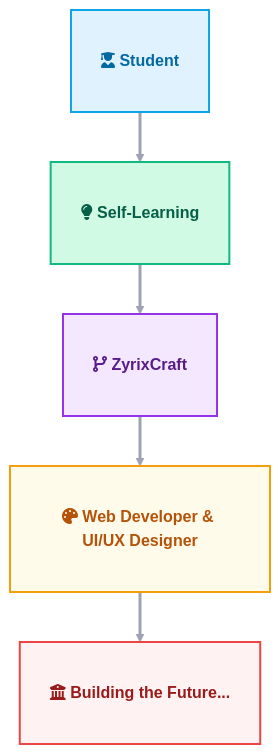
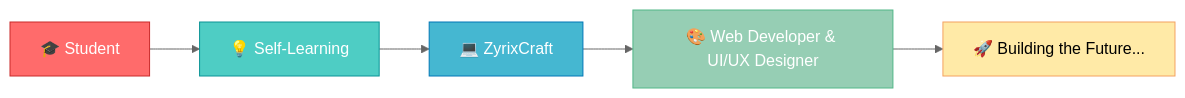
Before and after one commit to TheYuvrajMishra/TheYuvrajMishra: the diagram in README.md, drawn with Mermaid (neutral theme). The commit also changed other lines of this file, not shown here.

````diff
--- a/README.md
+++ b/README.md
@@ -152,30 +149,13 @@
 ```mermaid
-graph TD
-    A[fa:fa-user-graduate Student]
-    B[fa:fa-lightbulb Self-Learning]
-    C[fa:fa-code-branch ZyrixCraft]
-    D[fa:fa-palette Web Developer & UI/UX Designer]
-    E[fa:fa-building-columns Building the Future...]
-
-    A ==> B
-    B ==> C
-    C ==> D
-    D ==> E
+graph LR
+    A[🎓 Student] --> B[💡 Self-Learning]
+    B --> C[💻 ZyrixCraft]
+    C --> D[🎨 Web Developer & UI/UX Designer]
+    D --> E[🚀 Building the Future...]
     
-    %% Styling
-    classDef base font-weight:bold,stroke-width:2px,padding:5px,border-radius:10px
-    classDef start fill:#E0F2FE,stroke:#0EA5E9,color:#0369A1
-    classDef learning fill:#D1FAE5,stroke:#10B981,color:#065F46
-    classDef project fill:#F3E8FF,stroke:#9333EA,color:#581C87
-    classDef role fill:#FFFBEB,stroke:#F59E0B,color:#B45309
-    classDef future fill:#FEF2F2,stroke:#EF4444,color:#991B1B
-
-    class A,B,C,D,E base
-    class A start
-    class B learning
-    class C project
-    class D role
-    class E future
-
-    linkStyle default stroke:#9CA3AF,stroke-width:3px,color:black
+    style A fill:#ff6b6b,stroke:#c92a2a,color:#fff
+    style B fill:#4ecdc4,stroke:#0a9396,color:#fff
+    style C fill:#45b7d1,stroke:#0077b6,color:#fff
+    style D fill:#96ceb4,stroke:#52b788,color:#fff
+    style E fill:#ffeaa7,stroke:#f4a261,color:#000
 ```
````
